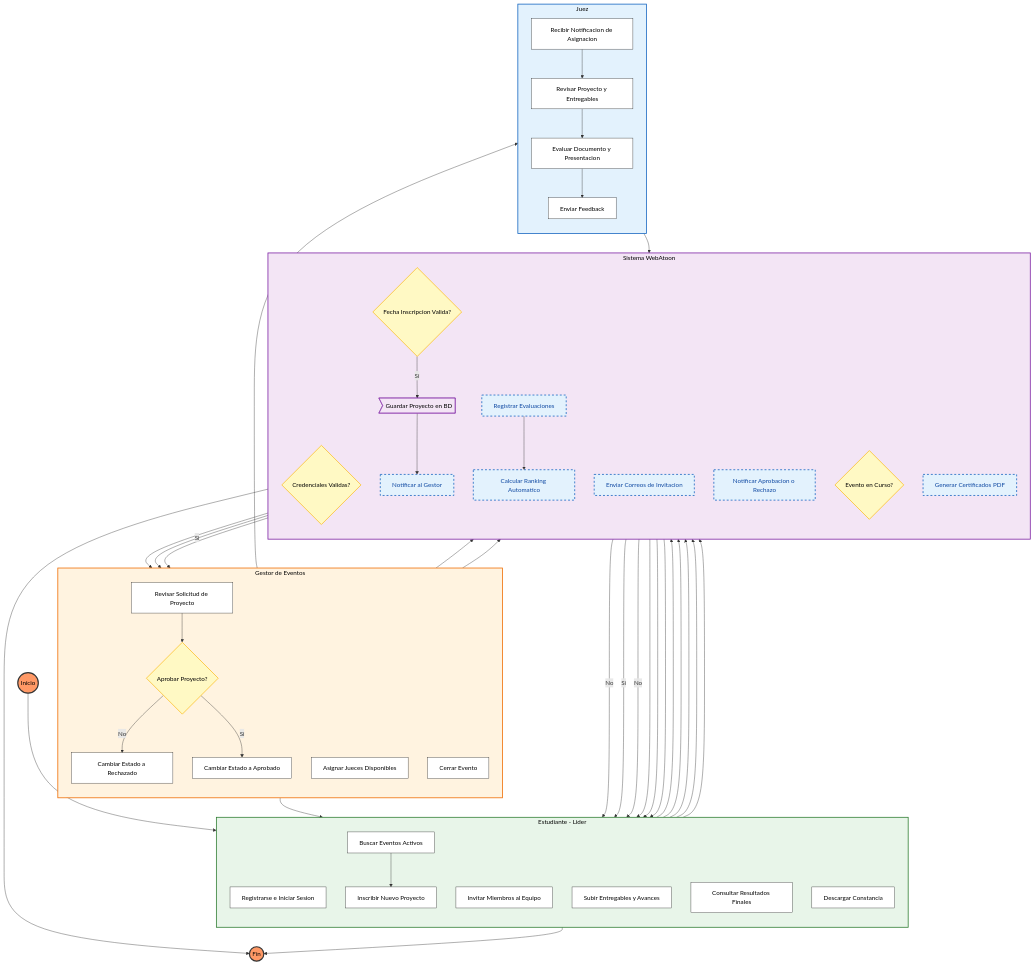
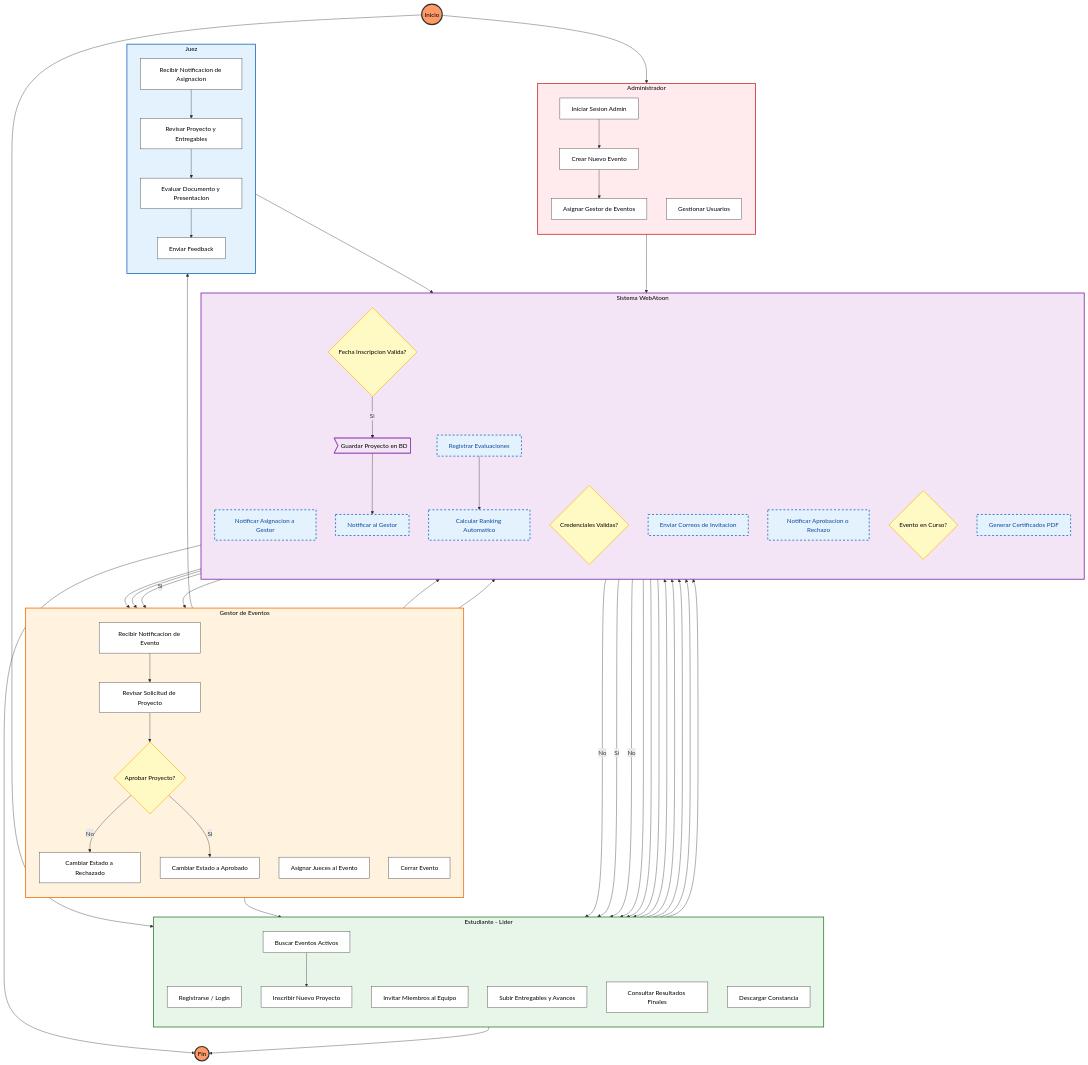
One commit to HFernandoCR/WebAtoon changed the sixth of 6 diagrams in README.md. Above: the diagram before and after it, drawn with Mermaid.

Commit message:
Actualización_README_Flujo2_Admin
Actualización del diagrama de flujo y adición del admin.

```diff
--- a/README.md
+++ b/README.md
@@ -277,19 +277,30 @@
     classDef decision fill:#fff9c4,stroke:#fbc02d,stroke-width:2px,shape:diamond,color:black,text-align:center;
     classDef system fill:#e3f2fd,stroke:#1565c0,stroke-width:2px,stroke-dasharray: 5 5,color:#0d47a1;
     classDef data fill:#f3e5f5,stroke:#7b1fa2,stroke-width:1px,shape:parallelogram,color:black;
+
     %% ==========================================
     %% NODOS PRINCIPALES
     %% ==========================================
     Inicio((Inicio)):::startend
     Fin((Fin)):::startend
+
     %% ==========================================
     %% CARRILES (SUBGRAPHS)
     %% ==========================================
-    
+
+    %% --- CARRIL 0: ADMINISTRADOR ---
+    subgraph S_Admin [Administrador]
+        direction TB
+        A1[Iniciar Sesion Admin]:::process
+        A2[Crear Nuevo Evento]:::process
+        A3[Asignar Gestor de Eventos]:::process
+        A4[Gestionar Usuarios]:::process
+    end
+
     %% --- CARRIL 1: ESTUDIANTE ---
     subgraph S_Estudiante [Estudiante - Lider]
         direction TB
-        E1[Registrarse e Iniciar Sesion]:::process
+        E1[Registrarse / Login]:::process
         E2[Buscar Eventos Activos]:::process
         E3[Inscribir Nuevo Proyecto]:::process
         E4[Invitar Miembros al Equipo]:::process
@@ -297,9 +308,11 @@
         E6[Consultar Resultados Finales]:::process
         E7[Descargar Constancia]:::process
     end
+
     %% --- CARRIL 2: PLATAFORMA ---
     subgraph S_Sistema [Sistema WebAtoon]
         direction TB
+        Sys0[Notificar Asignacion a Gestor]:::system
         Sys1{Credenciales Validas?}:::decision
         Sys2{Fecha Inscripcion Valida?}:::decision
         Sys3>Guardar Proyecto en BD]:::data
@@ -311,16 +324,19 @@
         Sys9[Calcular Ranking Automatico]:::system
         Sys10[Generar Certificados PDF]:::system
     end
+
     %% --- CARRIL 3: GESTOR DE EVENTOS ---
     subgraph S_Gestor [Gestor de Eventos]
         direction TB
+        G0[Recibir Notificacion de Evento]:::process
         G1[Revisar Solicitud de Proyecto]:::process
         G2{Aprobar Proyecto?}:::decision
         G3[Cambiar Estado a Aprobado]:::process
         G4[Cambiar Estado a Rechazado]:::process
-        G5[Asignar Jueces Disponibles]:::process
+        G5[Asignar Jueces al Evento]:::process
         G6[Cerrar Evento]:::process
     end
+
     %% --- CARRIL 4: JUEZ ---
     subgraph S_Juez [Juez]
         direction TB
@@ -329,21 +345,33 @@
         J3[Evaluar Documento y Presentacion]:::process
         J4[Enviar Feedback]:::process
     end
+
     %% ==========================================
     %% CONEXIONES Y FLUJO
     %% ==========================================
-    %% 1. Inicio y Registro
+    
+    %% 0. Inicio Administrativo
+    Inicio --> A1
+    A1 --> A2
+    A2 --> A3
+    A3 --> Sys0
+    Sys0 --> G0
+    
+    %% 1. Inicio Estudiante
     Inicio --> E1
     E1 --> Sys1
     Sys1 -- No --> E1
     Sys1 -- Si --> E2
+    
     %% 2. Inscripcion
     E2 --> E3
     E3 --> Sys2
     Sys2 -- No --> E2
     Sys2 -- Si --> Sys3
     Sys3 --> Sys4
+    
     %% 3. Aprobacion del Gestor
+    G0 --> G1
     Sys4 --> G1
     G1 --> G2
     G2 -- No --> G4
@@ -353,18 +381,22 @@
     G2 -- Si --> G3
     G3 --> Sys6
     Sys6 --> E4
+    
     %% 4. Formacion de Equipo
     E4 --> Sys5
     Sys5 --> E5
+    
     %% 5. Gestion y Asignacion
     E5 --> Sys7
     Sys7 -- Si --> G5
     G5 --> J1
+    
     %% 6. Evaluacion
     J1 --> J2
     J2 --> J3
     J3 --> J4
     J4 --> Sys8
+    
     %% 7. Cierre y Resultados
     Sys8 --> Sys9
     Sys9 --> G6
@@ -372,9 +404,11 @@
     E6 --> Sys10
     Sys10 --> E7
     E7 --> Fin
+
     %% ==========================================
     %% AJUSTES VISUALES
     %% ==========================================
+    style S_Admin fill:#ffebee,stroke:#c62828,stroke-width:2px,color:#000
     style S_Estudiante fill:#e8f5e9,stroke:#2e7d32,stroke-width:2px,color:#000
     style S_Sistema fill:#f3e5f5,stroke:#7b1fa2,stroke-width:2px,color:#000
     style S_Gestor fill:#fff3e0,stroke:#ef6c00,stroke-width:2px,color:#000
```
